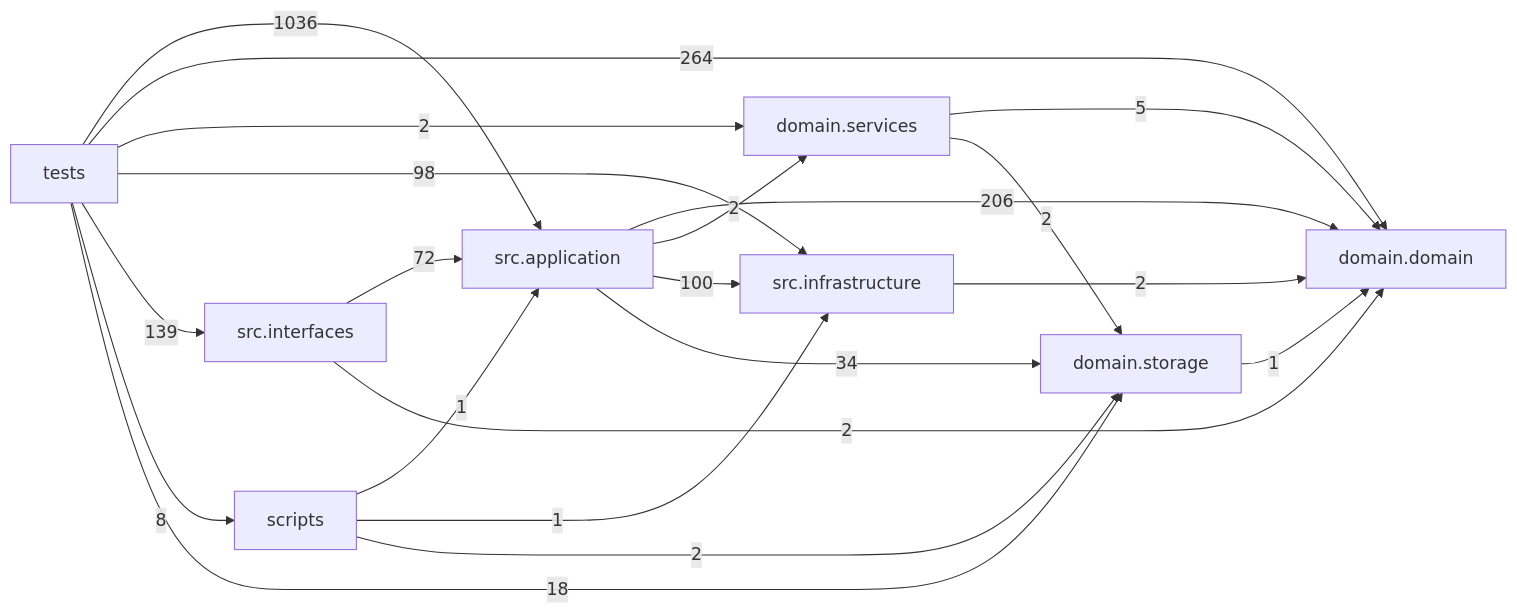
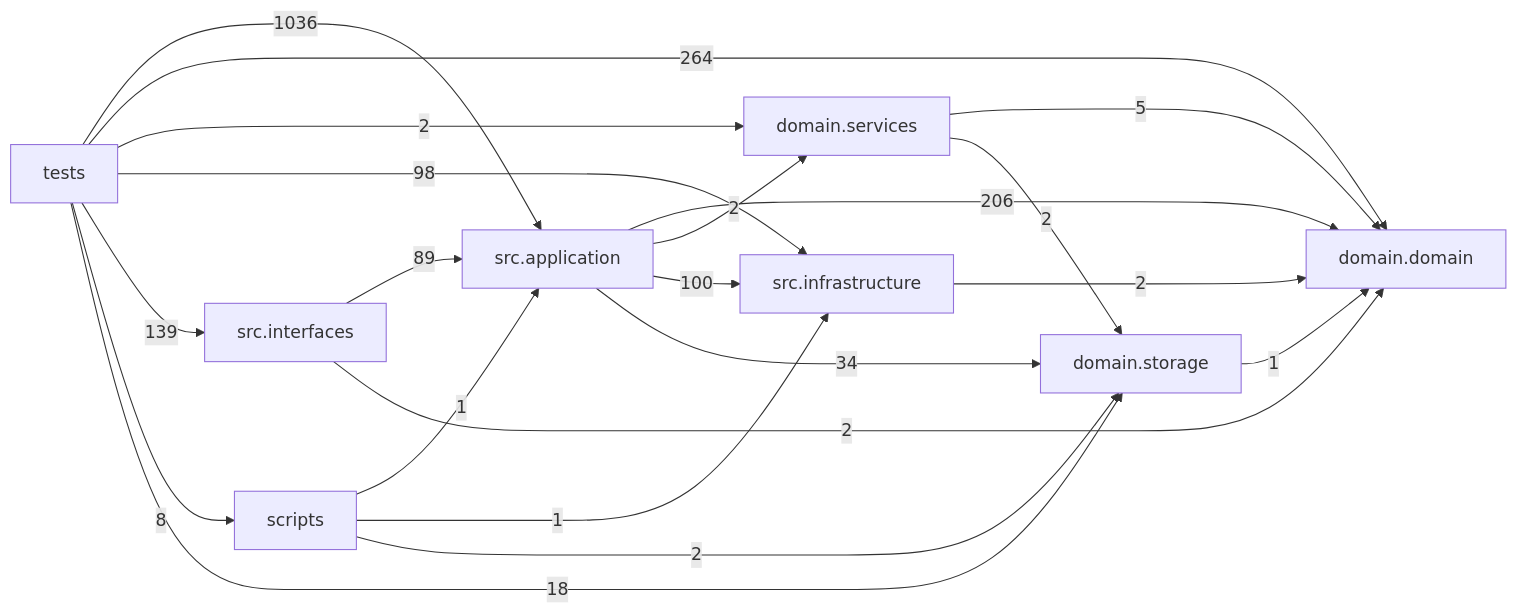
One commit to liuxie066/options-monitor changed the diagram in docs/DEPENDENCY_GRAPH.md. Above: the diagram before and after it, drawn with Mermaid. The commit also changed other lines of this file and 11 other files, not shown here.

````diff
--- a/docs/DEPENDENCY_GRAPH.md
+++ b/docs/DEPENDENCY_GRAPH.md
@@ -24,31 +24,31 @@
 ```mermaid
 flowchart LR
   tests["tests"]
   scripts["scripts"]
   interfaces["src.interfaces"]
   application["src.application"]
   infrastructure["src.infrastructure"]
   domain_services["domain.services"]
   domain["domain.domain"]
   storage["domain.storage"]
   application -->|206| domain
   application -->|2| domain_services
   application -->|100| infrastructure
   application -->|34| storage
   domain_services -->|5| domain
   domain_services -->|2| storage
   infrastructure -->|2| domain
-  interfaces -->|72| application
+  interfaces -->|89| application
   interfaces -->|2| domain
   scripts -->|1| application
   scripts -->|1| infrastructure
   scripts -->|2| storage
   storage -->|1| domain
   tests -->|1036| application
   tests -->|264| domain
   tests -->|2| domain_services
   tests -->|98| infrastructure
   tests -->|139| interfaces
   tests -->|8| scripts
   tests -->|18| storage
 ```
````
